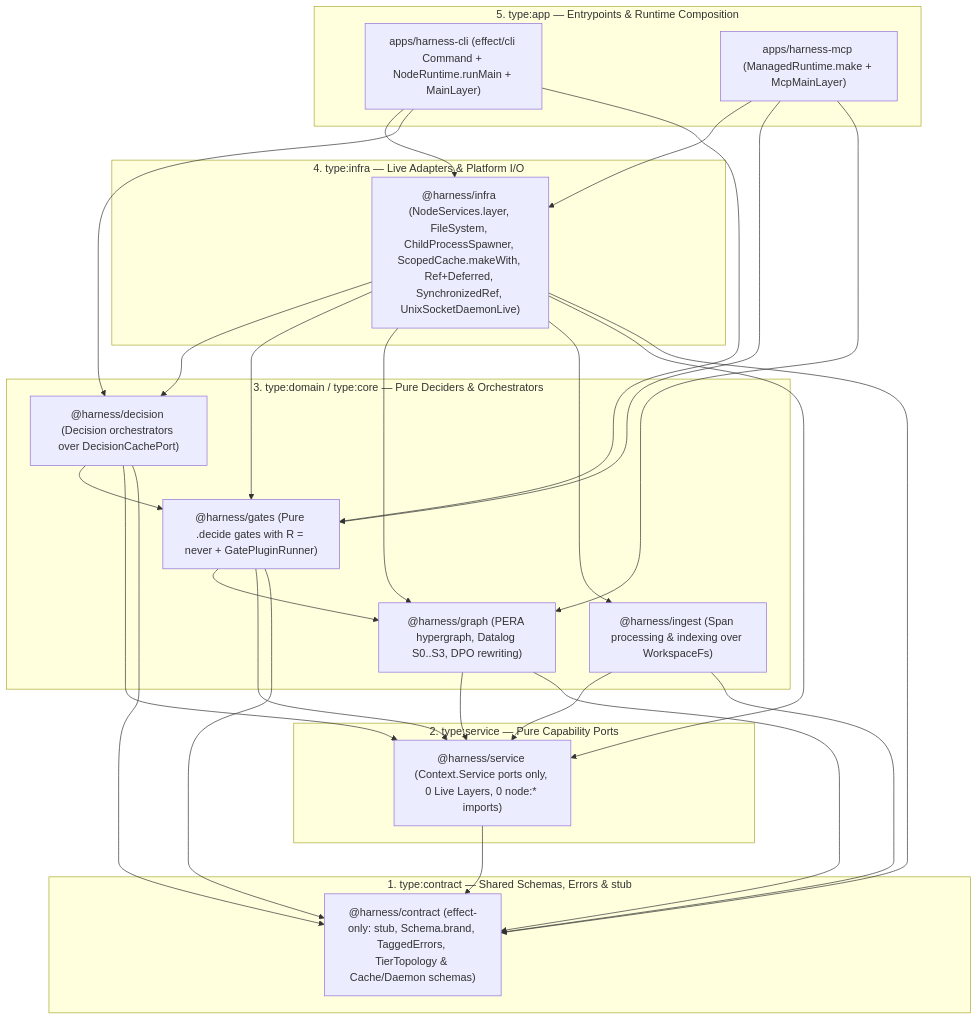
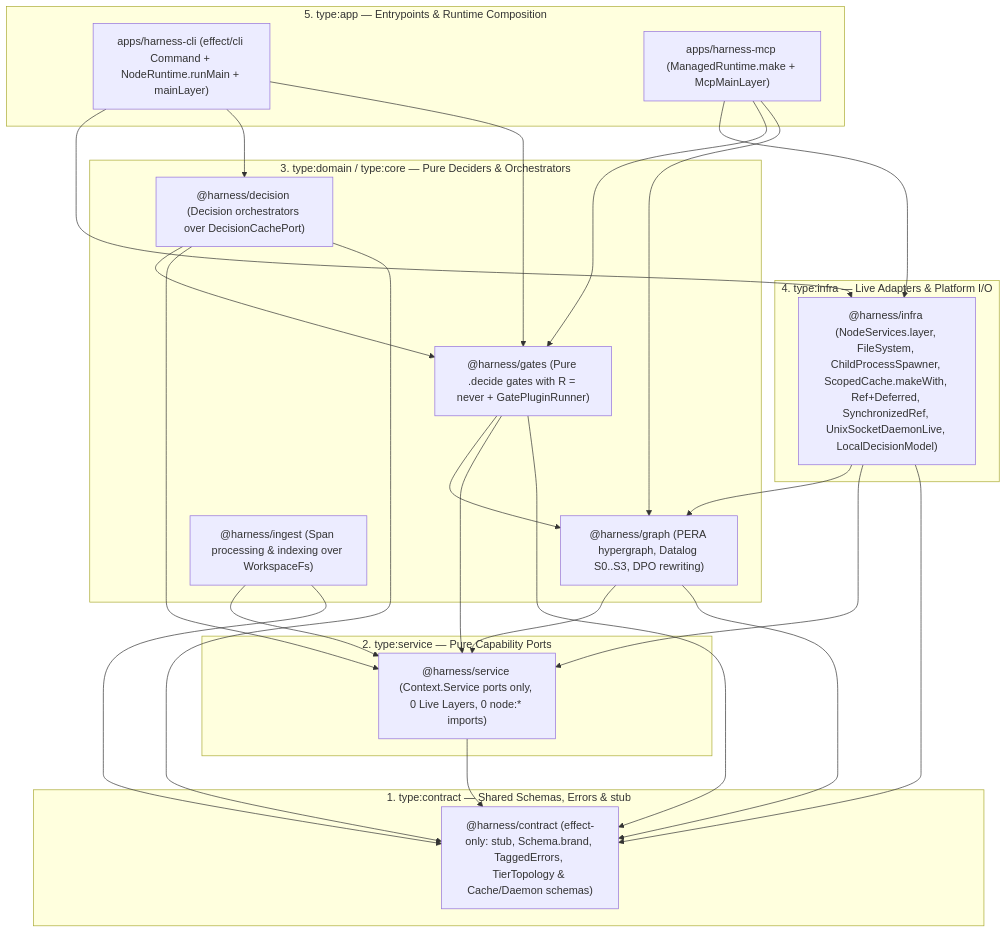
Before and after one commit to selmeci/effect-ts-harness: the diagram in docs/rfcs/0008-true-hexagonal-closure-and-effect-v4-runtime.md, drawn with Mermaid. The commit also changed other lines of this file and 110 other files, not shown here.

Commit message:
fix(harness): resolve PR #28 round 4 audit findings and harden self-trust gates

````diff
--- a/docs/rfcs/0008-true-hexagonal-closure-and-effect-v4-runtime.md
+++ b/docs/rfcs/0008-true-hexagonal-closure-and-effect-v4-runtime.md
@@ -145,50 +145,47 @@
 ```mermaid
 flowchart TB
   subgraph AppTier["5. type:app — Entrypoints & Runtime Composition"]
-    CLI["apps/harness-cli (effect/cli Command + NodeRuntime.runMain + MainLayer)"]
+    CLI["apps/harness-cli (effect/cli Command + NodeRuntime.runMain + mainLayer)"]
     MCP["apps/harness-mcp (ManagedRuntime.make + McpMainLayer)"]
   end
 
   subgraph InfraTier["4. type:infra — Live Adapters & Platform I/O"]
-    INFRA["@harness/infra (NodeServices.layer, FileSystem, ChildProcessSpawner, ScopedCache.makeWith, Ref+Deferred, SynchronizedRef, UnixSocketDaemonLive)"]
+    INFRA["@harness/infra (NodeServices.layer, FileSystem, ChildProcessSpawner, ScopedCache.makeWith, Ref+Deferred, SynchronizedRef, UnixSocketDaemonLive, LocalDecisionModel)"]
   end
 
   subgraph DomainTier["3. type:domain / type:core — Pure Deciders & Orchestrators"]
     DEC["@harness/decision (Decision orchestrators over DecisionCachePort)"]
     GATES["@harness/gates (Pure .decide gates with R = never + GatePluginRunner)"]
     GRAPH["@harness/graph (PERA hypergraph, Datalog S0..S3, DPO rewriting)"]
     INGEST["@harness/ingest (Span processing & indexing over WorkspaceFs)"]
   end
 
   subgraph ServiceTier["2. type:service — Pure Capability Ports"]
     SVC["@harness/service (Context.Service ports only, 0 Live Layers, 0 node:* imports)"]
   end
 
   subgraph ContractTier["1. type:contract — Shared Schemas, Errors & stub"]
     CTR["@harness/contract (effect-only: stub, Schema.brand, TaggedErrors, TierTopology & Cache/Daemon schemas)"]
   end
 
   CLI --> INFRA
   CLI --> DEC
   CLI --> GATES
   MCP --> INFRA
   MCP --> GATES
   MCP --> GRAPH
-  INFRA --> DEC
-  INFRA --> GATES
   INFRA --> GRAPH
-  INFRA --> INGEST
   INFRA --> SVC
   INFRA --> CTR
   DEC --> GATES
   DEC --> SVC
   DEC --> CTR
   GATES --> GRAPH
   GATES --> SVC
   GATES --> CTR
   GRAPH --> SVC
   GRAPH --> CTR
   INGEST --> SVC
   INGEST --> CTR
   SVC --> CTR
 ```
````
